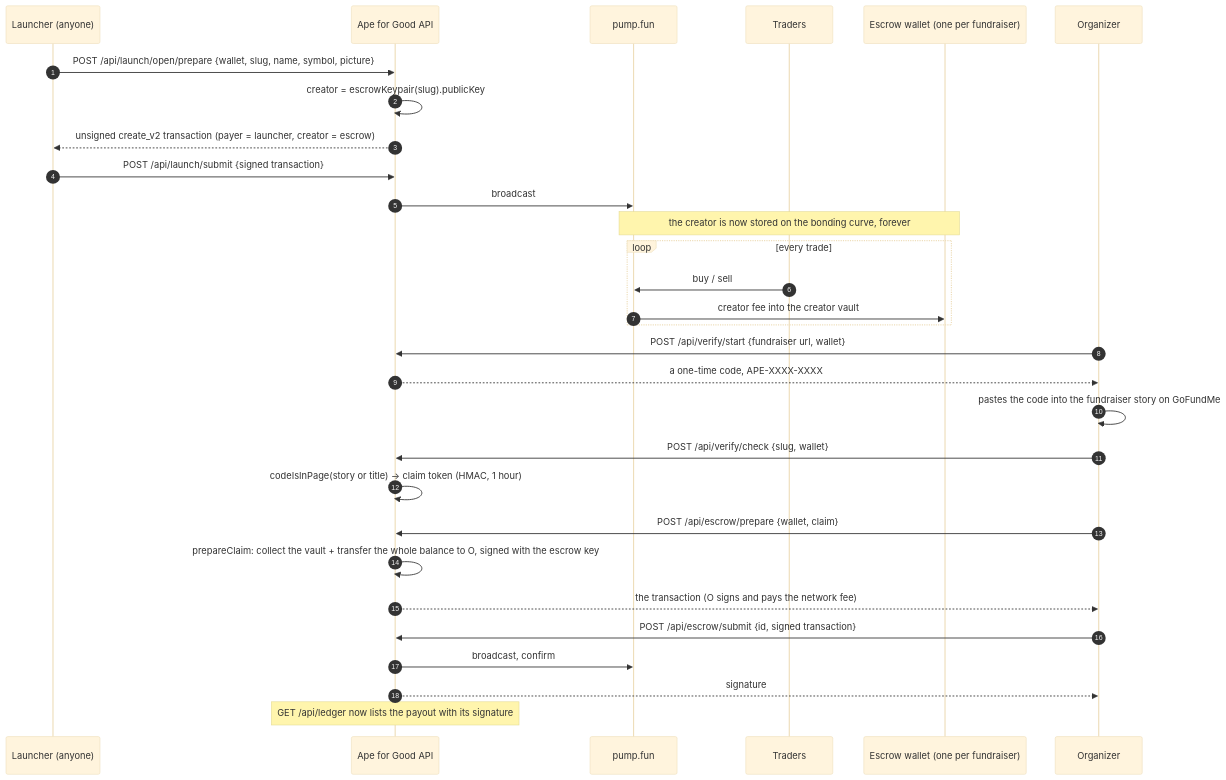
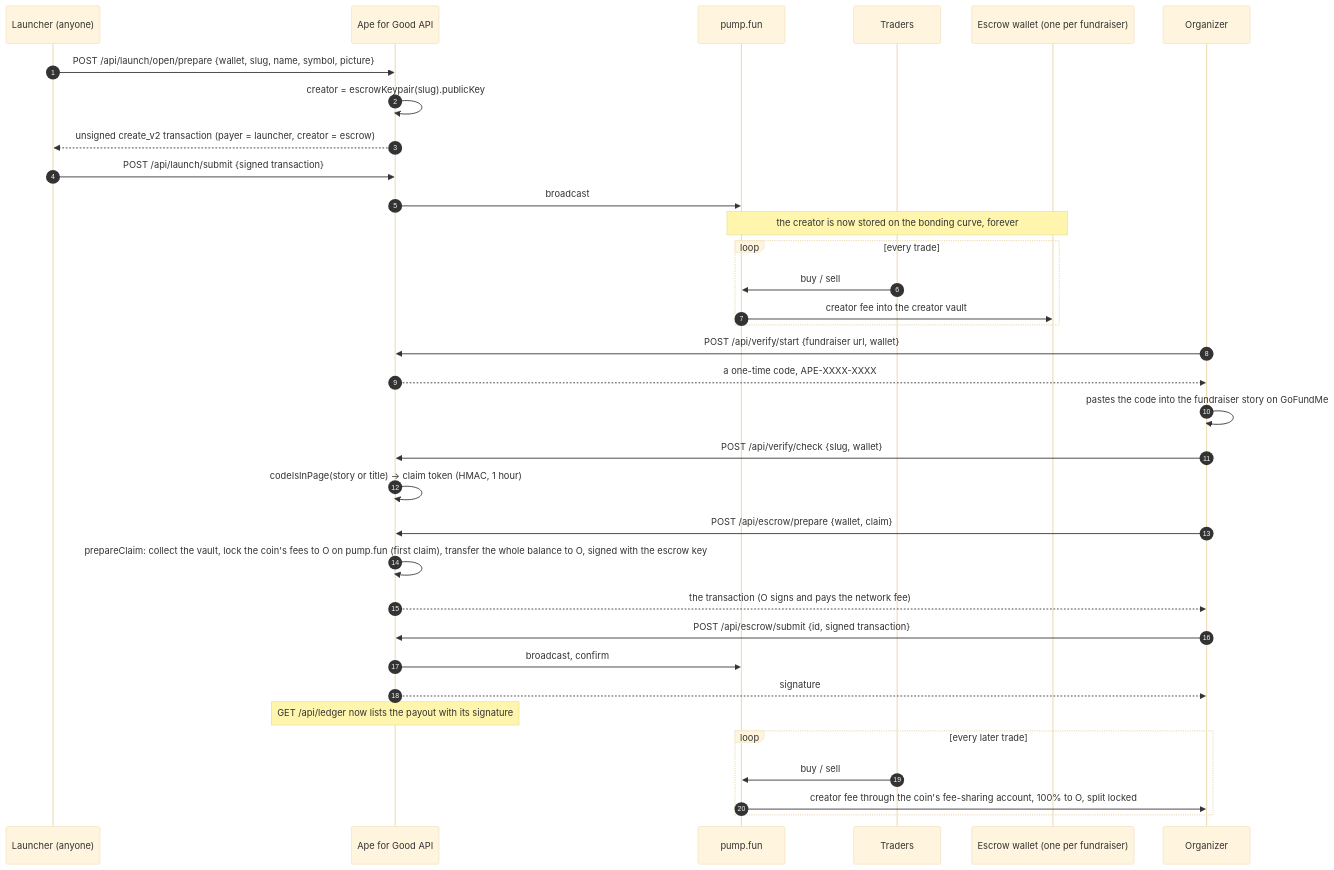
One commit to Bruhmare/ape-for-good changed the diagram in docs/money-flow.md. Above: the diagram before and after it, drawn with Mermaid (base theme). The commit also changed other lines of this file and 6 other files, not shown here.

First line of the commit message:
Claims hand each coin's fees to its organizer on pump.fun, locked

````diff
--- a/docs/money-flow.md
+++ b/docs/money-flow.md
@@ -5,33 +5,37 @@
 ```mermaid
 sequenceDiagram
   autonumber
   participant L as Launcher (anyone)
   participant S as Ape for Good API
   participant P as pump.fun
   participant T as Traders
   participant E as Escrow wallet (one per fundraiser)
   participant O as Organizer
 
   L->>S: POST /api/launch/open/prepare {wallet, slug, name, symbol, picture}
   S->>S: creator = escrowKeypair(slug).publicKey
   S-->>L: unsigned create_v2 transaction (payer = launcher, creator = escrow)
   L->>S: POST /api/launch/submit {signed transaction}
   S->>P: broadcast
   Note over P,E: the creator is now stored on the bonding curve, forever
   loop every trade
     T->>P: buy / sell
     P->>E: creator fee into the creator vault
   end
   O->>S: POST /api/verify/start {fundraiser url, wallet}
   S-->>O: a one-time code, APE-XXXX-XXXX
   O->>O: pastes the code into the fundraiser story on GoFundMe
   O->>S: POST /api/verify/check {slug, wallet}
   S->>S: codeIsInPage(story or title) → claim token (HMAC, 1 hour)
   O->>S: POST /api/escrow/prepare {wallet, claim}
-  S->>S: prepareClaim: collect the vault + transfer the whole balance to O, signed with the escrow key
+  S->>S: prepareClaim: collect the vault, lock the coin's fees to O on pump.fun (first claim), transfer the whole balance to O, signed with the escrow key
   S-->>O: the transaction (O signs and pays the network fee)
   O->>S: POST /api/escrow/submit {id, signed transaction}
   S->>P: broadcast, confirm
   S-->>O: signature
   Note over S: GET /api/ledger now lists the payout with its signature
+  loop every later trade
+    T->>P: buy / sell
+    P->>O: creator fee through the coin's fee-sharing account, 100% to O, split locked
+  end
 ```
````
